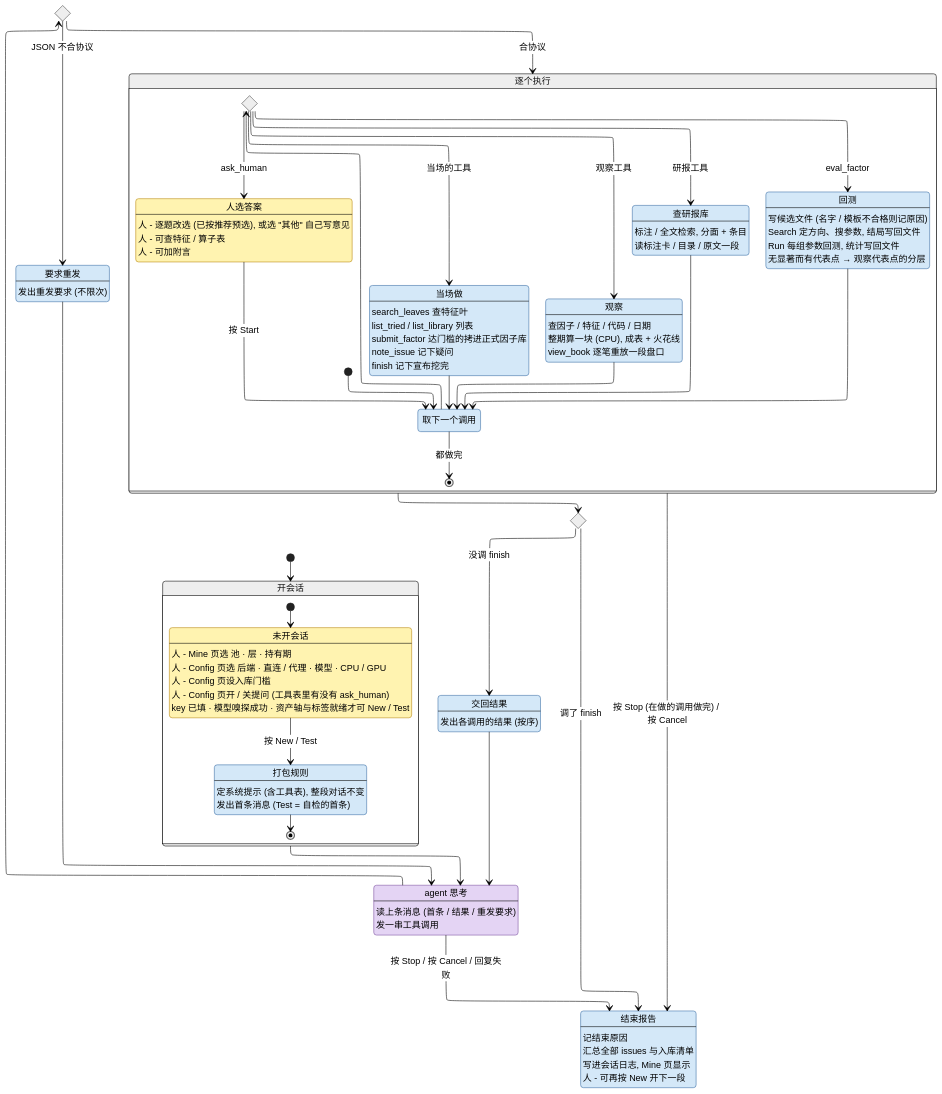
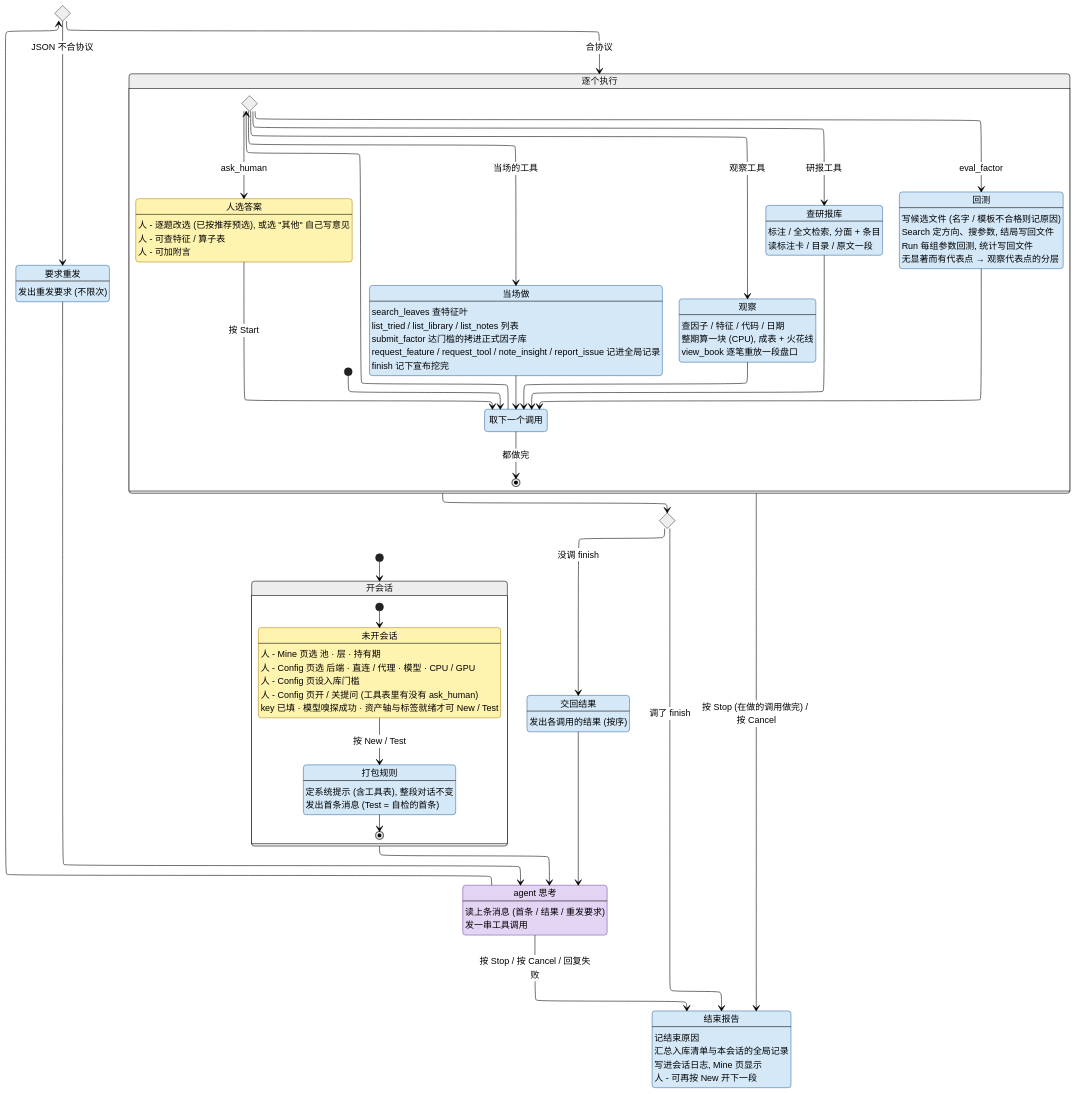
One commit to CoCoMilkyWay/stk changed the diagram in AGENT.md. Above: the diagram before and after it, drawn with Mermaid (neutral theme). The commit also changed other lines of this file and 27 other files, not shown here.

```diff
--- a/AGENT.md
+++ b/AGENT.md
@@ -72,9 +74,9 @@
         state Kind <<choice>>
         state "当场做" as Now
         Now : search_leaves 查特征叶
-        Now : list_tried / list_library 列表
+        Now : list_tried / list_library / list_notes 列表
         Now : submit_factor 达门槛的拷进正式因子库
-        Now : note_issue 记下疑问
+        Now : request_feature / request_tool / note_insight / report_issue 记进全局记录
         Now : finish 记下宣布挖完
         state "观察" as Look
         Look : 查因子 / 特征 / 代码 / 日期
@@ -113,7 +115,7 @@
 
     state "结束报告" as Report
     Report : 记结束原因
-    Report : 汇总全部 issues 与入库清单
+    Report : 汇总入库清单与本会话的全局记录
     Report : 写进会话日志, Mine 页显示
     Report : 人 - 可再按 New 开下一段
 
```
